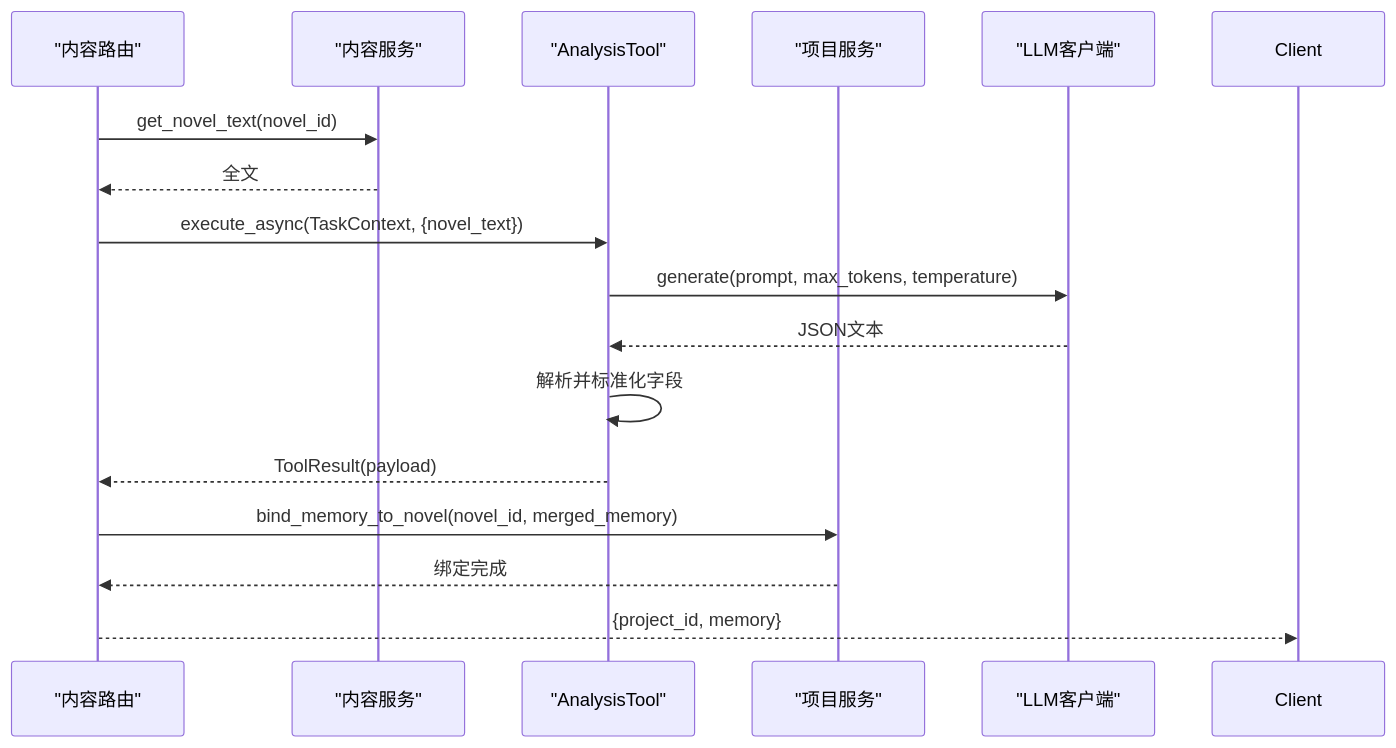
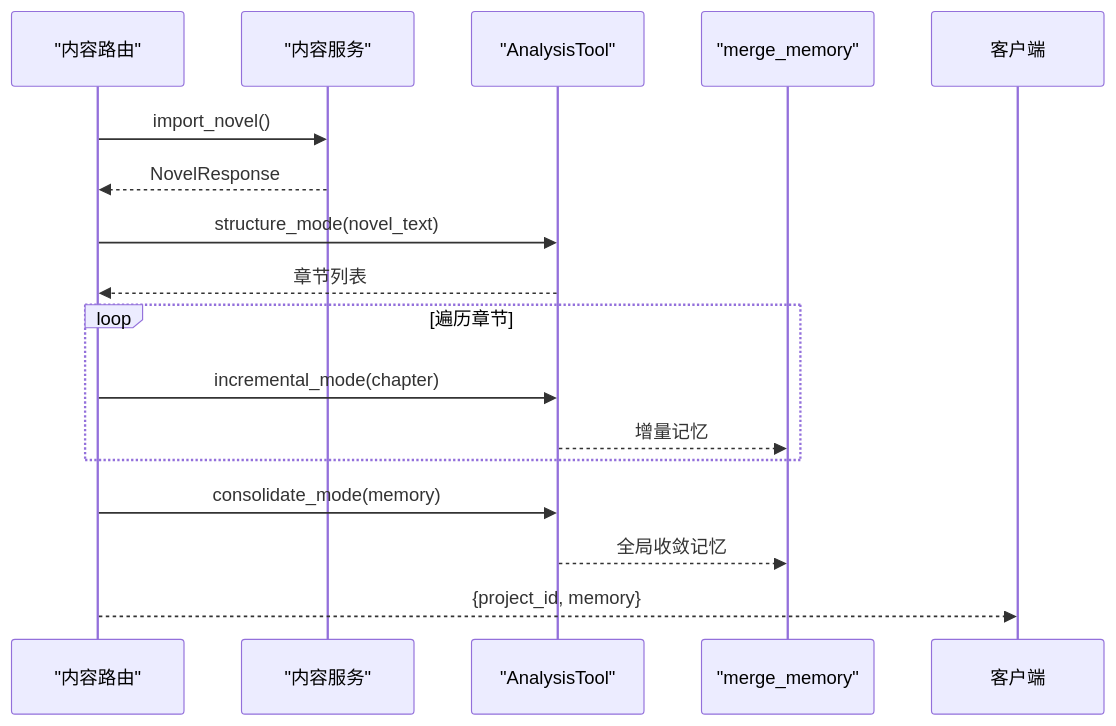
The sixth of 7 diagrams in .qoder/repowiki/zh/content/API接口文档/内容分析API.md (octsfm/InkTrace), drawn with Mermaid before and after one commit. The commit also changed other lines of this file and 179 other files, not shown here.

````diff
--- a/.qoder/repowiki/zh/content/API接口文档/内容分析API.md
+++ b/.qoder/repowiki/zh/content/API接口文档/内容分析API.md
@@ -237,18 +319,18 @@
 ```mermaid
 sequenceDiagram
-participant R as "内容路由"
-participant S as "内容服务"
-participant A as "AnalysisTool"
-participant PRJ as "项目服务"
-participant LLM as "LLM客户端"
-R->>S : get_novel_text(novel_id)
-S-->>R : 全文
-R->>A : execute_async(TaskContext, {novel_text})
-A->>LLM : generate(prompt, max_tokens, temperature)
-LLM-->>A : JSON文本
-A->>A : 解析并标准化字段
-A-->>R : ToolResult(payload)
-R->>PRJ : bind_memory_to_novel(novel_id, merged_memory)
-PRJ-->>R : 绑定完成
-R-->>Client : {project_id, memory}
+participant 路由 as "内容路由"
+participant 服务 as "内容服务"
+participant 工具 as "AnalysisTool"
+participant 记忆 as "merge_memory"
+路由->>服务 : import_novel()
+服务-->>路由 : NovelResponse
+路由->>工具 : structure_mode(novel_text)
+工具-->>路由 : 章节列表
+loop 遍历章节
+路由->>工具 : incremental_mode(chapter)
+工具-->>记忆 : 增量记忆
+end
+路由->>工具 : consolidate_mode(memory)
+工具-->>记忆 : 全局收敛记忆
+路由-->>客户端 : {project_id, memory}
 ```
````
